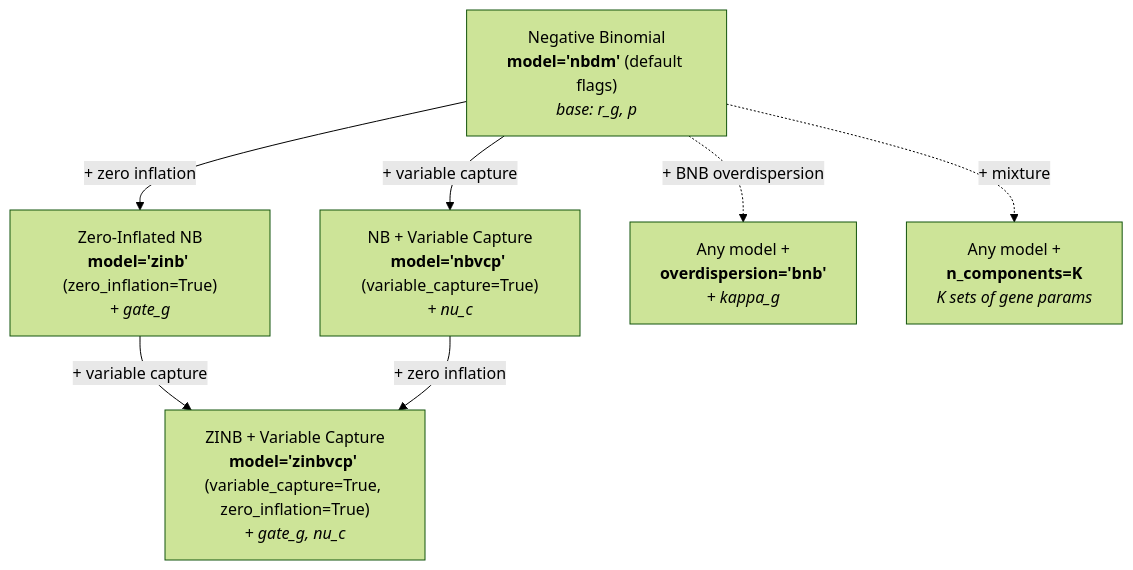
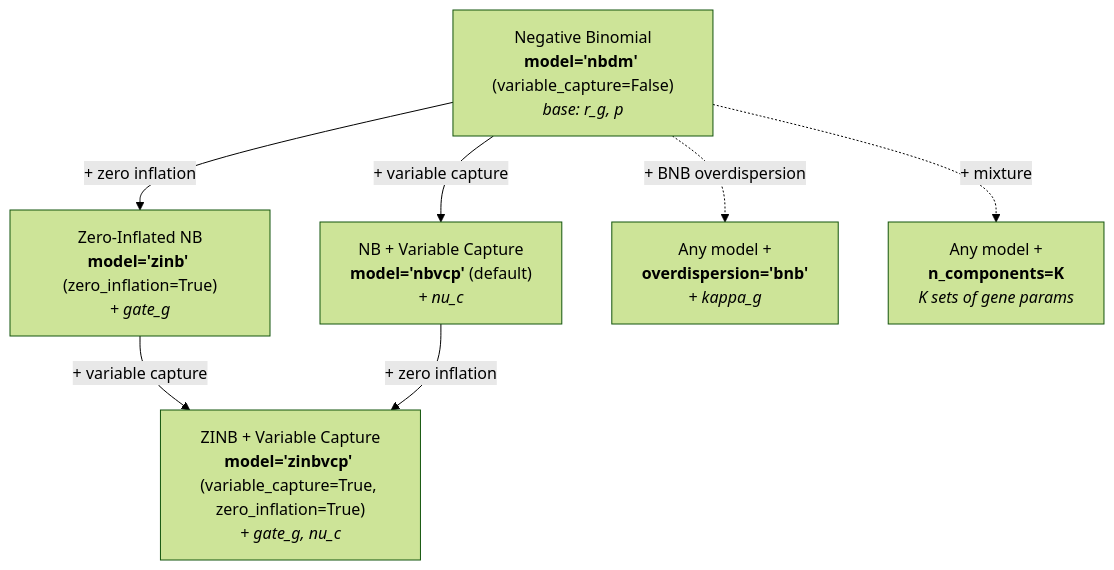
One commit to mrazomej/scribe changed the first of 2 diagrams in docs/guide/model-selection.md. Above: the diagram before and after it, drawn with Mermaid (forest theme). The commit also changed other lines of this file and 10 other files, not shown here.

First line of the commit message:
docs: update references to default model in documentation

````diff
--- a/docs/guide/model-selection.md
+++ b/docs/guide/model-selection.md
@@ -63,15 +57,15 @@
 ```mermaid
 graph TD
-    NB["Negative Binomial<br/><b>model='nbdm'</b> (default flags)<br/><i>base: r_g, p</i>"]
+    NB["Negative Binomial<br/><b>model='nbdm'</b> (variable_capture=False)<br/><i>base: r_g, p</i>"]
     ZINB["Zero-Inflated NB<br/><b>model='zinb'</b> (zero_inflation=True)<br/><i>+ gate_g</i>"]
-    NBVCP["NB + Variable Capture<br/><b>model='nbvcp'</b> (variable_capture=True)<br/><i>+ nu_c</i>"]
+    NBVCP["NB + Variable Capture<br/><b>model='nbvcp'</b> (default)<br/><i>+ nu_c</i>"]
     ZINBVCP["ZINB + Variable Capture<br/><b>model='zinbvcp'</b> (variable_capture=True, zero_inflation=True)<br/><i>+ gate_g, nu_c</i>"]
 
     NB -->|"+ zero inflation"| ZINB
     NB -->|"+ variable capture"| NBVCP
     ZINB -->|"+ variable capture"| ZINBVCP
     NBVCP -->|"+ zero inflation"| ZINBVCP
 
     NB -.->|"+ BNB overdispersion"| BNB["Any model +<br/><b>overdispersion='bnb'</b><br/><i>+ kappa_g</i>"]
     NB -.->|"+ mixture"| MIX["Any model +<br/><b>n_components=K</b><br/><i>K sets of gene params</i>"]
 ```
````
